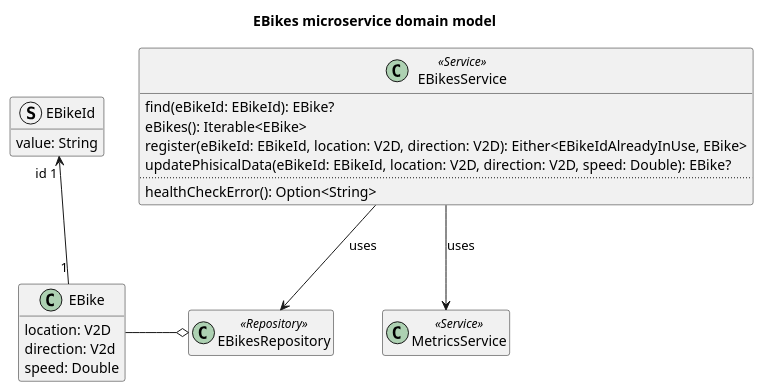
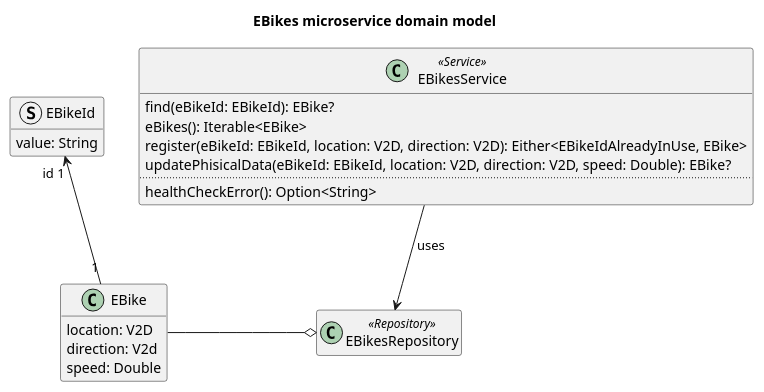
One commit to Ventus218/SAP-assignment-03 changed the diagram in doc/diagrams/src/ebikes-microservice-domain-model.puml. Above: the diagram before and after it, drawn with PlantUML. The commit also changed 16 other files, not shown here.

Commit message:
removed stuff about metrics service from doc

```diff
--- a/doc/diagrams/src/ebikes-microservice-domain-model.puml
+++ b/doc/diagrams/src/ebikes-microservice-domain-model.puml
@@ -1,34 +1,31 @@
 @startuml ebikes-microservice-domain-model
 
 title EBikes microservice domain model
 
 class EBike {
     location: V2D
     direction: V2d
     speed: Double
 }
 struct EBikeId {
     value: String
 }
 EBike "1" -u-> "id 1" EBikeId
 
 class EBikesRepository <<Repository>>
 EBikesRepository o-l- EBike
 
 class EBikesService <<Service>> {
     find(eBikeId: EBikeId): EBike?
     eBikes(): Iterable<EBike>
     register(eBikeId: EBikeId, location: V2D, direction: V2D): Either<EBikeIdAlreadyInUse, EBike>
     updatePhisicalData(eBikeId: EBikeId, location: V2D, direction: V2D, speed: Double): EBike?
     ..
     healthCheckError(): Option<String>
 }
 
 EBikesService --> EBikesRepository : "uses"
 
-class MetricsService <<Service>>
-EBikesService --> MetricsService : "uses"
-
 hide empty members
 
 @enduml
```
